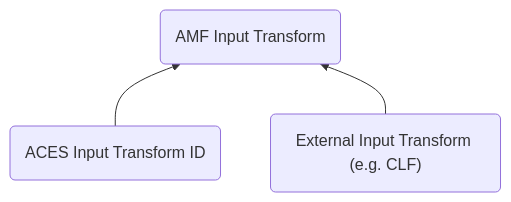
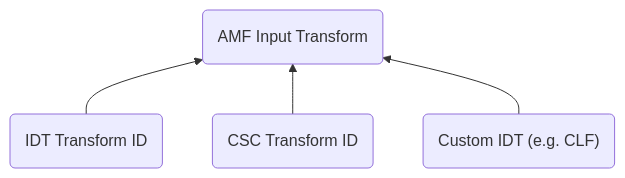
The third of 3 diagrams in docs/amf/guides/implementation/index.md (scottdyer/aces-docs), drawn with Mermaid before and after one commit. The commit also changed other lines of this file and 1 other file, not shown here.

Commit message:
updated AMF specification and implementation guide with v2 schema changes

````diff
--- a/docs/amf/guides/implementation/index.md
+++ b/docs/amf/guides/implementation/index.md
@@ -550,5 +584,6 @@
 ```mermaid
 graph BT
-B1(ACES Input Transform ID)   --> A1(AMF Input Transform)
-B2("External Input Transform (e.g. CLF)") --> A1
+B1( IDT Transform ID)   --> A1(AMF Input Transform)
+B2("CSC Transform ID") --> A1
+B3("Custom IDT (e.g. CLF)") --> A1
 ```
````
